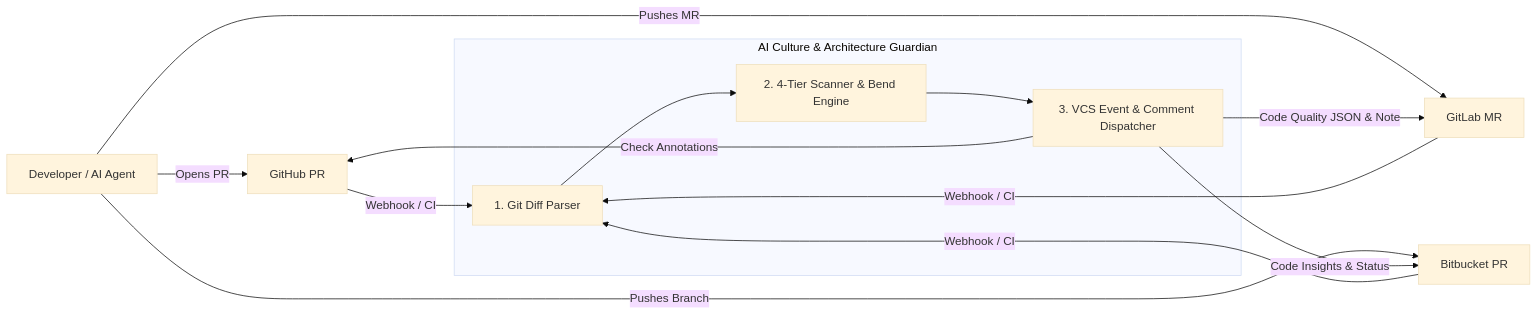
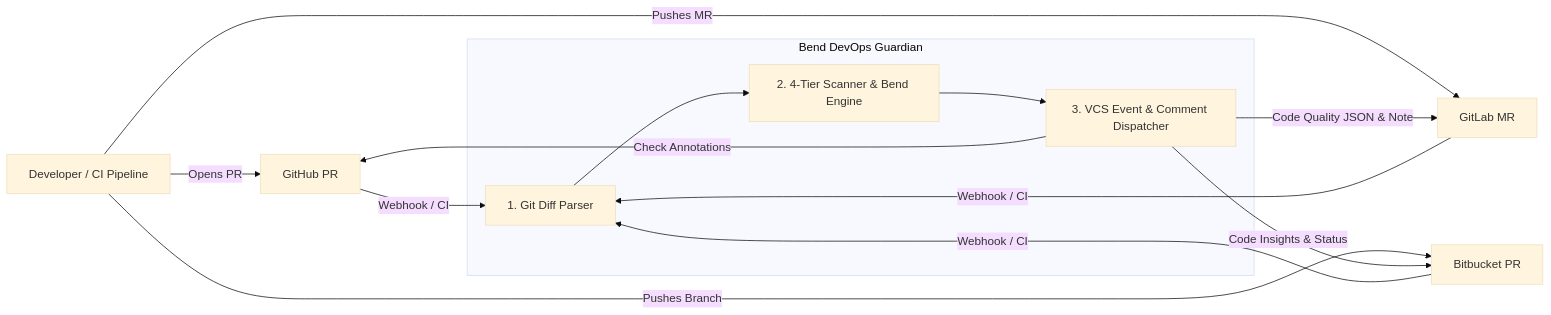
One commit to GiovaniRodrigo/bend-devops changed the first of 2 diagrams in specs/003-vcs-git-platforms-integration/spec.md. Above: the diagram before and after it, drawn with Mermaid (base theme). The commit also changed other lines of this file and 44 other files, not shown here.

Commit message:
docs(devops): rebrand repository to bend-devops and update all documentation to DevOps philosophy

````diff
--- a/specs/003-vcs-git-platforms-integration/spec.md
+++ b/specs/003-vcs-git-platforms-integration/spec.md
@@ -88,28 +88,28 @@
 ```mermaid
 flowchart LR
-    Dev["Developer / AI Agent"]
+    Dev["Developer / CI Pipeline"]
     GH["GitHub PR"]
     GL["GitLab MR"]
     BB["Bitbucket PR"]
 
-    subgraph GuardianEngine ["AI Culture & Architecture Guardian"]
+    subgraph GuardianEngine ["Bend DevOps Guardian"]
         DiffParser["1. Git Diff Parser"]
         CoreScanner["2. 4-Tier Scanner & Bend Engine"]
         VCSDispatcher["3. VCS Event & Comment Dispatcher"]
     end
 
     Dev -->|Opens PR| GH
     Dev -->|Pushes MR| GL
     Dev -->|Pushes Branch| BB
 
     GH -->|Webhook / CI| DiffParser
     GL -->|Webhook / CI| DiffParser
     BB -->|Webhook / CI| DiffParser
 
     DiffParser --> CoreScanner
     CoreScanner --> VCSDispatcher
 
     VCSDispatcher -->|Check Annotations| GH
     VCSDispatcher -->|Code Quality JSON & Note| GL
     VCSDispatcher -->|Code Insights & Status| BB
 ```
````
